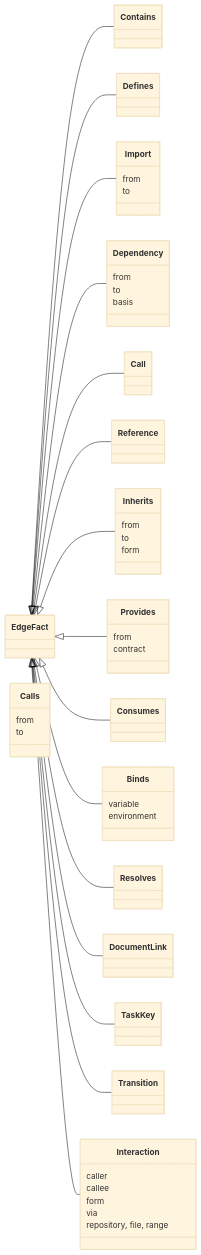
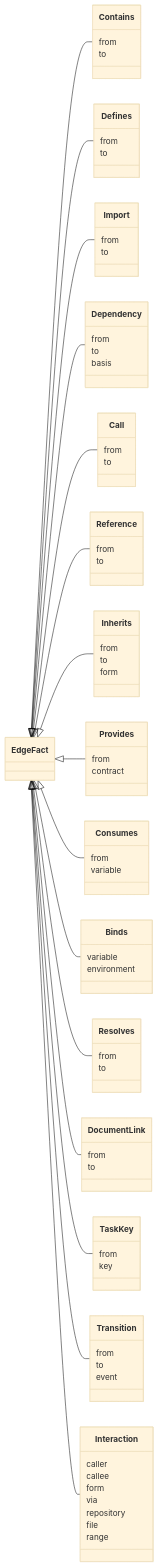
Before and after one commit to shady2k/madarch: the third of 4 diagrams in docs/changes/madarch-tzte.20.1/design.md, drawn with Mermaid (base theme). The commit also changed other lines of this file and 3 other files, not shown here.

First line of the commit message:
Name every reason a fact is not one the schema reads, and read every form a part takes

````diff
--- a/docs/changes/madarch-tzte.20.1/design.md
+++ b/docs/changes/madarch-tzte.20.1/design.md
@@ -184,6 +270,14 @@
   EdgeFact <|-- TaskKey
   EdgeFact <|-- Transition
   EdgeFact <|-- Interaction
+  class Contains {
+    from
+    to
+  }
+  class Defines {
+    from
+    to
+  }
   class Import {
     from
     to
@@ -193,7 +287,11 @@
     to
     basis
   }
-  class Calls {
+  class Call {
+    from
+    to
+  }
+  class Reference {
     from
     to
   }
@@ -206,15 +304,38 @@
     from
     contract
   }
+  class Consumes {
+    from
+    variable
+  }
   class Binds {
     variable
     environment
+  }
+  class Resolves {
+    from
+    to
+  }
+  class DocumentLink {
+    from
+    to
+  }
+  class TaskKey {
+    from
+    key
+  }
+  class Transition {
+    from
+    to
+    event
   }
   class Interaction {
     caller
     callee
     form
     via
-    repository, file, range
+    repository
+    file
+    range
   }
 ```
````
